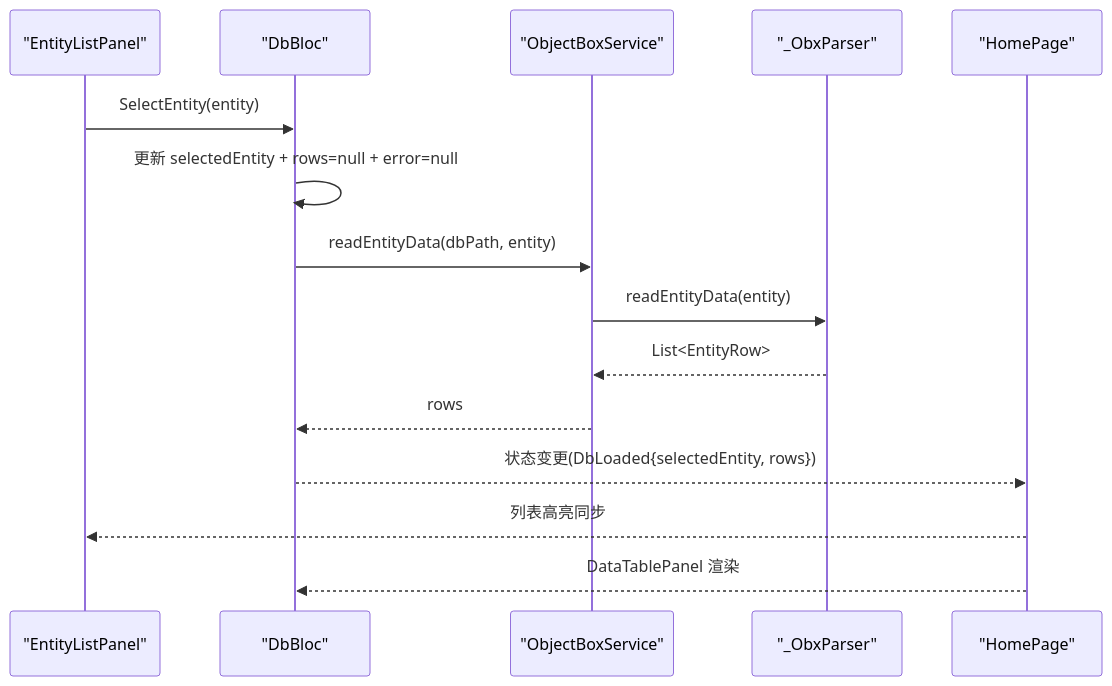
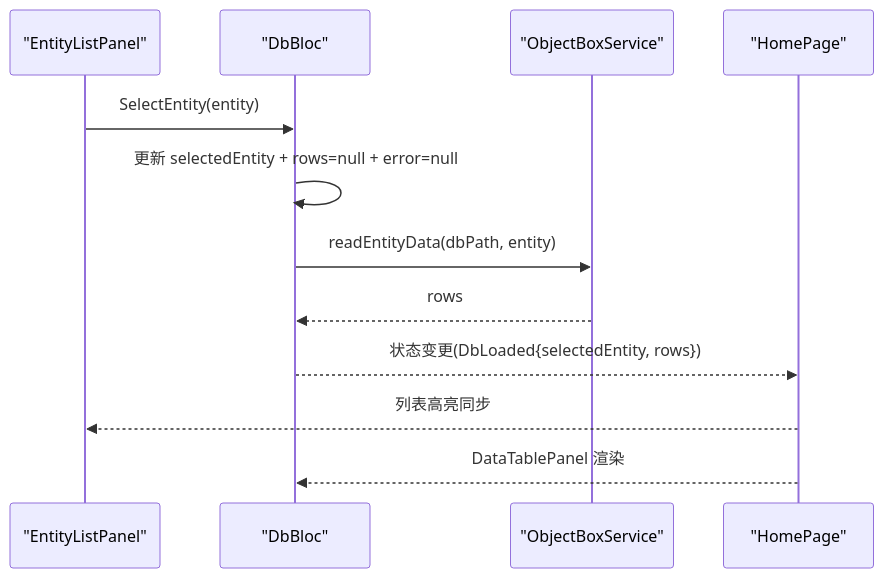
Before and after one commit to kongpf8848/objectbox_viewer: the fourth of 10 diagrams in .qoder/repowiki/zh/content/核心功能/实体管理.md, drawn with Mermaid. The commit also changed other lines of this file and 19 other files, not shown here.

````diff
--- a/.qoder/repowiki/zh/content/核心功能/实体管理.md
+++ b/.qoder/repowiki/zh/content/核心功能/实体管理.md
@@ -193,17 +238,14 @@
 ```mermaid
 sequenceDiagram
 participant L as "EntityListPanel"
 participant D as "DbBloc"
 participant S as "ObjectBoxService"
-participant P as "_ObxParser"
 participant H as "HomePage"
 L->>D : SelectEntity(entity)
 D->>D : 更新 selectedEntity + rows=null + error=null
 D->>S : readEntityData(dbPath, entity)
-S->>P : readEntityData(entity)
-P-->>S : List<EntityRow>
 S-->>D : rows
 D-->>H : 状态变更(DbLoaded{selectedEntity, rows})
 H-->>L : 列表高亮同步
 H-->>D : DataTablePanel 渲染
 ```
````
